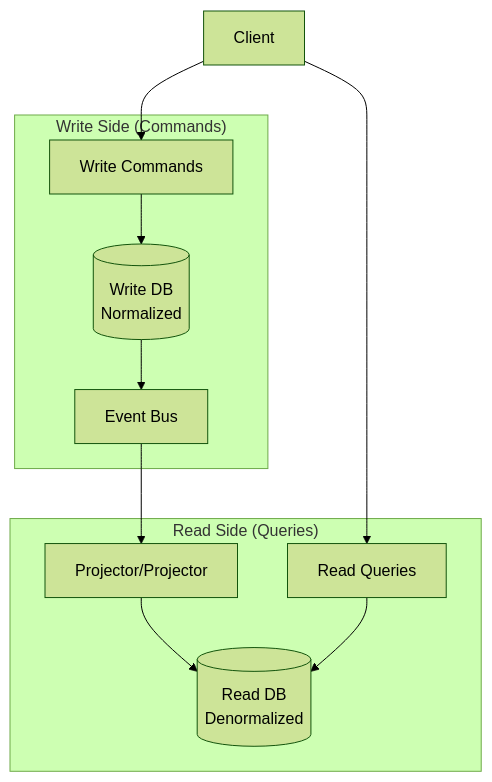
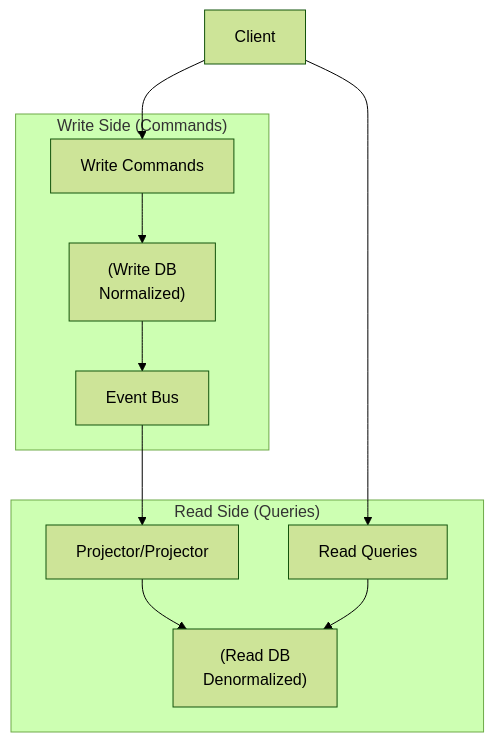
The tenth of 14 diagrams in src/backend/patterns/README.md (vanos001/placement_prep), drawn with Mermaid (forest theme) before and after one commit. The commit also changed other lines of this file and 19 other files, not shown here.

First line of the commit message:
fix(mermaid,links): repair regressions after merging dev into dev2

````diff
--- a/src/backend/patterns/README.md
+++ b/src/backend/patterns/README.md
@@ -370,16 +370,16 @@
 ```mermaid
 graph TD
     subgraph "Write Side (Commands)"
-        WC[Write Commands] --> WDB[(Write DB<br/>Normalized)]
+        WC[Write Commands] --> WDB["(Write DB<br/>Normalized)"]
         WDB --> EVENT[Event Bus]
     end
 
     subgraph "Read Side (Queries)"
         EVENT --> PROJECTOR[Projector/Projector]
-        PROJECTOR --> RDB[(Read DB<br/>Denormalized)]
+        PROJECTOR --> RDB["(Read DB<br/>Denormalized)"]
         RQ[Read Queries] --> RDB
     end
 
     CLIENT[Client] --> WC
     CLIENT --> RQ
 ```
````
